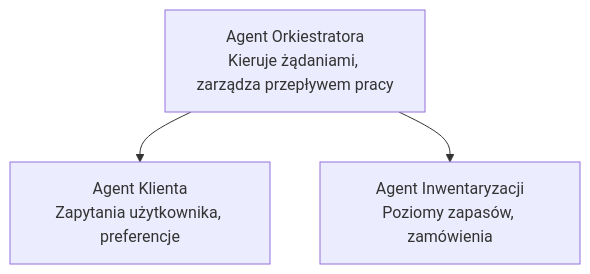
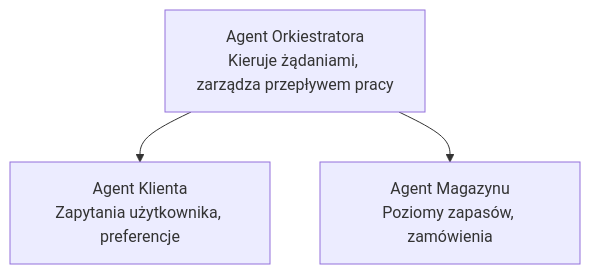
The diagram in translations/pl/docs/chapter-05-multi-agent/README.md (microsoft/AZD-for-beginners), drawn with Mermaid before and after one commit. The commit also changed other lines of this file and 101 other files, not shown here.

````diff
--- a/translations/pl/docs/chapter-05-multi-agent/README.md
+++ b/translations/pl/docs/chapter-05-multi-agent/README.md
@@ -50,5 +52,5 @@
 ```mermaid
 graph TD
     Orchestrator[Agent Orkiestratora<br/>Kieruje żądaniami, zarządza przepływem pracy] --> Customer[Agent Klienta<br/>Zapytania użytkownika, preferencje]
-    Orchestrator --> Inventory[Agent Inwentaryzacji<br/>Poziomy zapasów, zamówienia]
+    Orchestrator --> Inventory[Agent Magazynu<br/>Poziomy zapasów, zamówienia]
 ```
````
